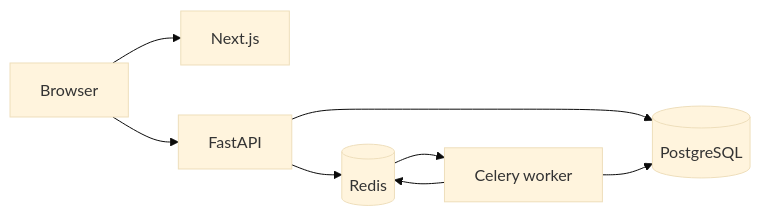
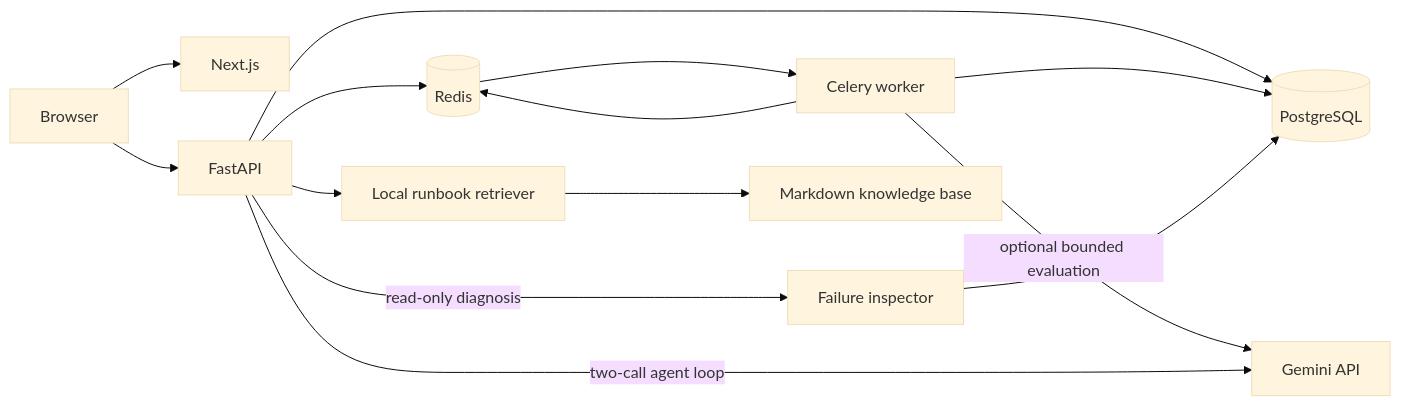
The diagram in docs/architecture.md (MarvelousJade/evalpulse), drawn with Mermaid (base theme) before and after one commit. The commit also changed other lines of this file and 37 other files, not shown here.

````diff
--- a/docs/architecture.md
+++ b/docs/architecture.md
@@ -5,10 +5,16 @@
 ```mermaid
 flowchart LR
   Browser --> Web[Next.js]
   Browser --> API[FastAPI]
   API --> Postgres[(PostgreSQL)]
   API --> Redis[(Redis)]
   Redis --> Worker[Celery worker]
   Worker --> Postgres
   Worker --> Redis
+  Worker -->|optional bounded evaluation| Gemini[Gemini API]
+  API -->|read-only diagnosis| Tool[Failure inspector]
+  Tool --> Postgres
+  API --> Retriever[Local runbook retriever]
+  Retriever --> Knowledge[Markdown knowledge base]
+  API -->|two-call agent loop| Gemini
 ```
````
